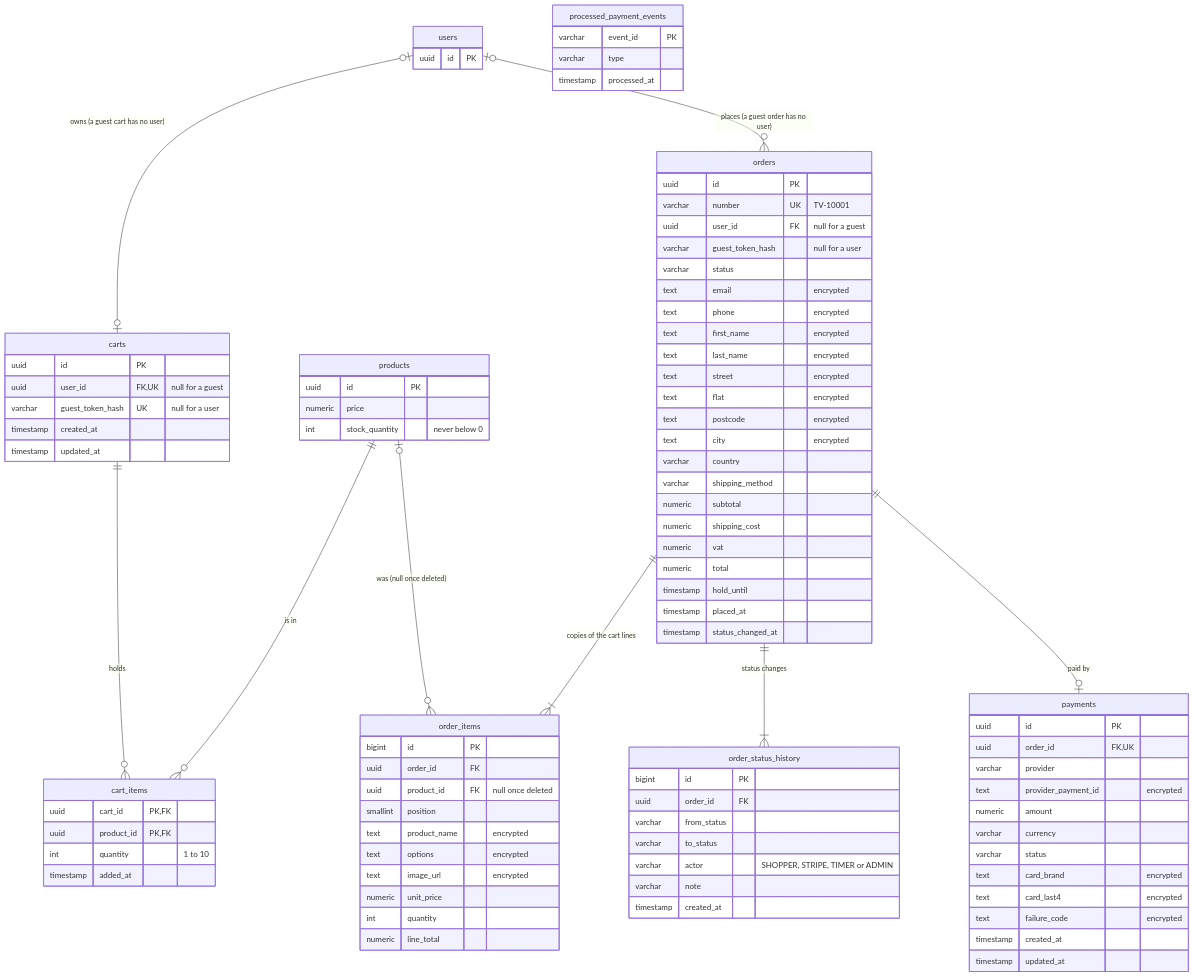
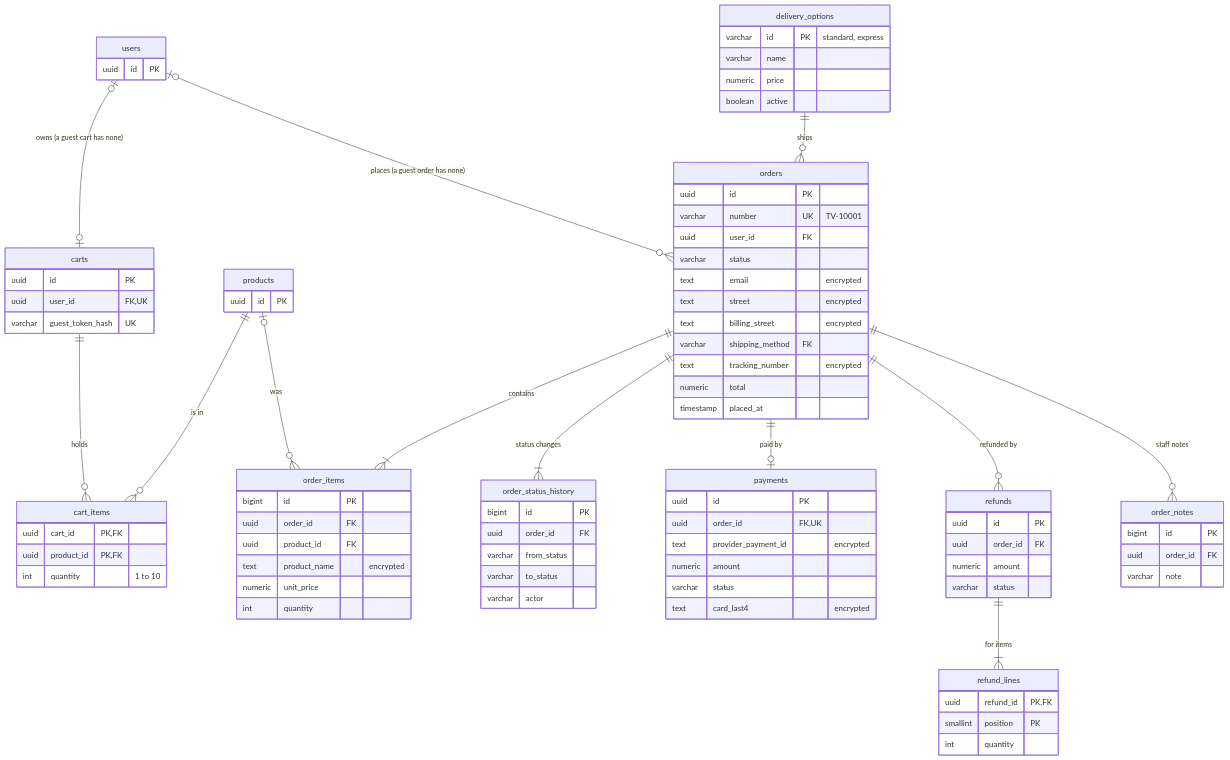
Before and after one commit to jeremyvssk/tavla: the second of 3 diagrams in README.md, drawn with Mermaid. The commit also changed other lines of this file and 1 other file, not shown here.

````diff
--- a/README.md
+++ b/README.md
@@ -398,97 +348,90 @@
 ```mermaid
 erDiagram
-    users |o--o| carts : "owns (a guest cart has no user)"
+    users |o--o| carts : "owns (a guest cart has none)"
     carts ||--o{ cart_items : holds
     products ||--o{ cart_items : "is in"
-    users |o--o{ orders : "places (a guest order has no user)"
-    orders ||--|{ order_items : "copies of the cart lines"
-    products |o--o{ order_items : "was (null once deleted)"
+    users |o--o{ orders : "places (a guest order has none)"
+    delivery_options ||--o{ orders : "ships"
+    orders ||--|{ order_items : contains
+    products |o--o{ order_items : "was"
     orders ||--|{ order_status_history : "status changes"
     orders ||--o| payments : "paid by"
+    orders ||--o{ refunds : "refunded by"
+    refunds ||--|{ refund_lines : "for items"
+    orders ||--o{ order_notes : "staff notes"
 
-    users {
-        uuid id PK
-    }
-    products {
-        uuid id PK
-        numeric price
-        int stock_quantity "never below 0"
-    }
     carts {
         uuid id PK
-        uuid user_id FK, UK "null for a guest"
-        varchar guest_token_hash UK "null for a user"
-        timestamp created_at
-        timestamp updated_at
+        uuid user_id FK, UK
+        varchar guest_token_hash UK
     }
     cart_items {
         uuid cart_id PK, FK
         uuid product_id PK, FK
         int quantity "1 to 10"
-        timestamp added_at
     }
     orders {
         uuid id PK
         varchar number UK "TV-10001"
-        uuid user_id FK "null for a guest"
-        varchar guest_token_hash "null for a user"
+        uuid user_id FK
         varchar status
         text email "encrypted"
-        text phone "encrypted"
-        text first_name "encrypted"
-        text last_name "encrypted"
         text street "encrypted"
-        text flat "encrypted"
-        text postcode "encrypted"
-        text city "encrypted"
-        varchar country
-        varchar shipping_method
-        numeric subtotal
-        numeric shipping_cost
-        numeric vat
+        text billing_street "encrypted"
+        varchar shipping_method FK
+        text tracking_number "encrypted"
         numeric total
-        timestamp hold_until
         timestamp placed_at
-        timestamp status_changed_at
     }
     order_items {
         bigint id PK
         uuid order_id FK
-        uuid product_id FK "null once deleted"
-        smallint position
+        uuid product_id FK
         text product_name "encrypted"
-        text options "encrypted"
-        text image_url "encrypted"
         numeric unit_price
         int quantity
-        numeric line_total
     }
     order_status_history {
         bigint id PK
         uuid order_id FK
         varchar from_status
         varchar to_status
-        varchar actor "SHOPPER, STRIPE, TIMER or ADMIN"
-        varchar note
-        timestamp created_at
+        varchar actor
     }
     payments {
         uuid id PK
         uuid order_id FK, UK
-        varchar provider
         text provider_payment_id "encrypted"
         numeric amount
-        varchar currency
         varchar status
-        text card_brand "encrypted"
         text card_last4 "encrypted"
-        text failure_code "encrypted"
-        timestamp created_at
-        timestamp updated_at
     }
-    processed_payment_events {
-        varchar event_id PK
-        varchar type
-        timestamp processed_at
+    refunds {
+        uuid id PK
+        uuid order_id FK
+        numeric amount
+        varchar status
+    }
+    refund_lines {
+        uuid refund_id PK, FK
+        smallint position PK
+        int quantity
+    }
+    order_notes {
+        bigint id PK
+        uuid order_id FK
+        varchar note
+    }
+    delivery_options {
+        varchar id PK "standard, express"
+        varchar name
+        numeric price
+        boolean active
+    }
+    users {
+        uuid id PK
+    }
+    products {
+        uuid id PK
     }
 ```
````
